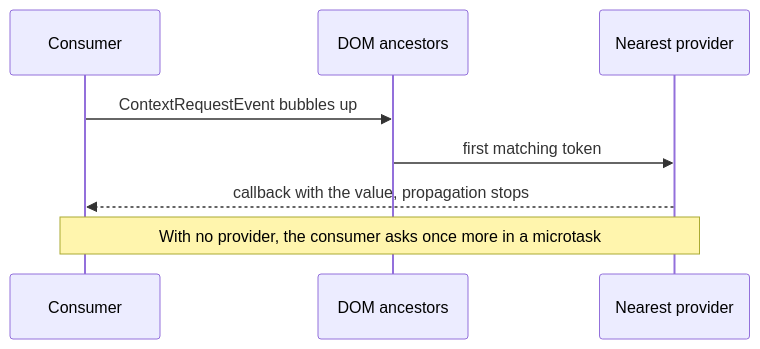
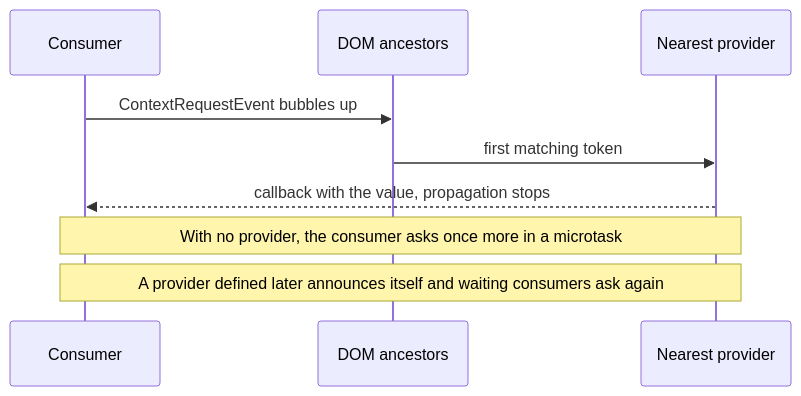
The diagram in apps/docs/src/content/docs/context/context.mdx (ecopages/radiant), drawn with Mermaid before and after one commit. The commit also changed other lines of this file and 9 other files, not shown here.

First line of the commit message:
fix(radiant): answer a context request when the provider is defined after its consumer

````diff
--- a/apps/docs/src/content/docs/context/context.mdx
+++ b/apps/docs/src/content/docs/context/context.mdx
@@ -46,10 +47,11 @@
 ```mermaid
 sequenceDiagram
   participant C as Consumer
   participant D as DOM ancestors
   participant P as Nearest provider
   C->>D: ContextRequestEvent bubbles up
   D->>P: first matching token
   P-->>C: callback with the value, propagation stops
   Note over C,P: With no provider, the consumer asks once more in a microtask
+  Note over C,P: A provider defined later announces itself and waiting consumers ask again
 ```
````
